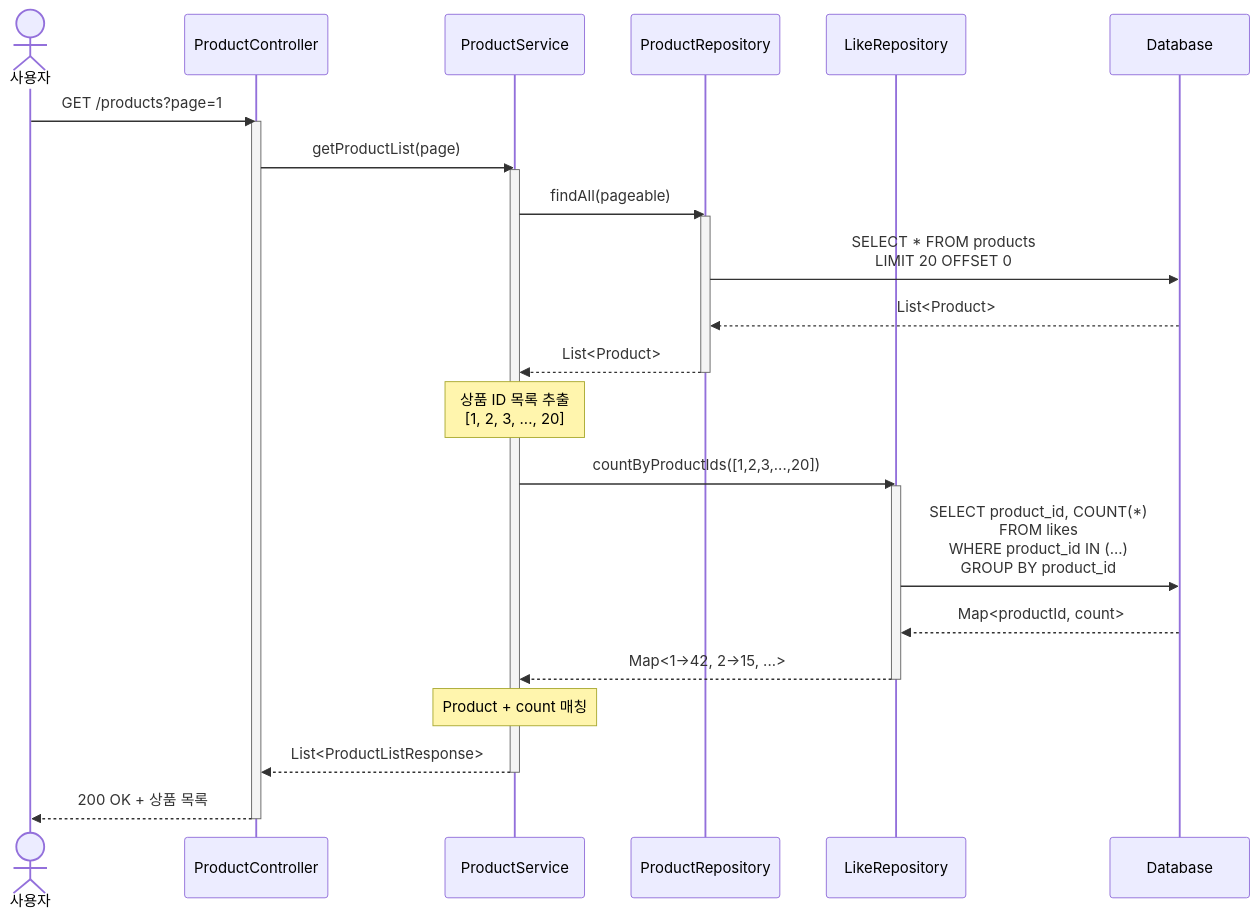
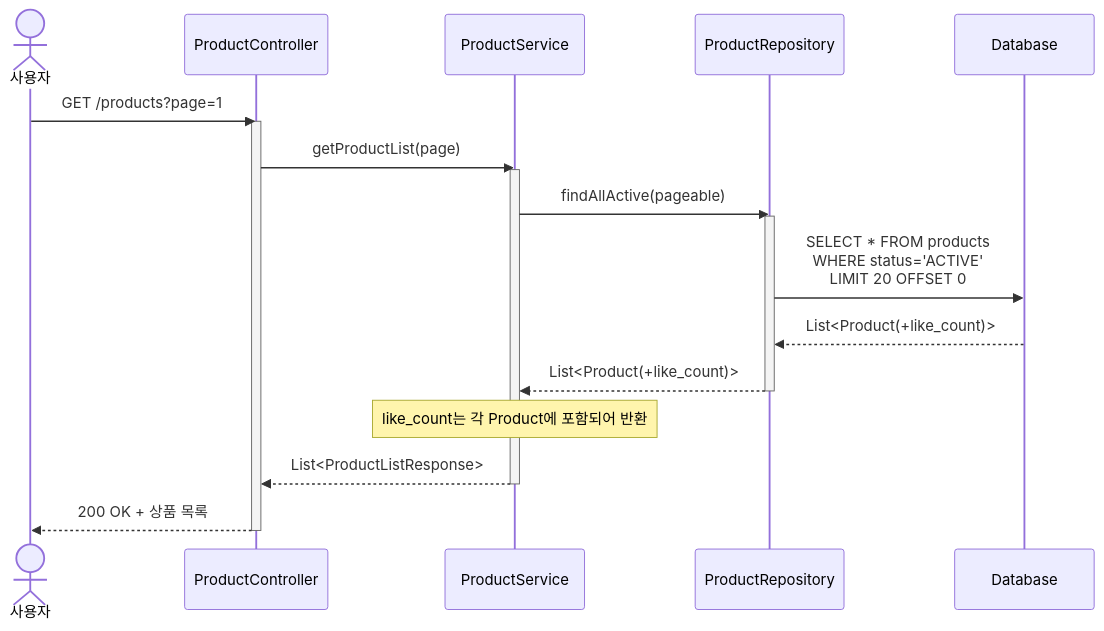
The sixth of 6 diagrams in docs/design/좋아요/02-sequence-diagrams.md (katiekim17/loop-pack-be-l2-vol3-java), drawn with Mermaid before and after one commit. The commit also changed other lines of this file and 17 other files, not shown here.

````diff
--- a/docs/design/좋아요/02-sequence-diagrams.md
+++ b/docs/design/좋아요/02-sequence-diagrams.md
@@ -311,39 +329,29 @@
 ```mermaid
 sequenceDiagram
     actor User as 사용자
     participant API as ProductController
     participant Service as ProductService
     participant ProdRepo as ProductRepository
-    participant LikeRepo as LikeRepository
     participant DB as Database
 
     User->>API: GET /products?page=1
     activate API
     
     API->>Service: getProductList(page)
     activate Service
     
-    Service->>ProdRepo: findAll(pageable)
+    Service->>ProdRepo: findAllActive(pageable)
     activate ProdRepo
-    ProdRepo->>DB: SELECT * FROM products<br/>LIMIT 20 OFFSET 0
-    DB-->>ProdRepo: List<Product>
-    ProdRepo-->>Service: List<Product>
+    ProdRepo->>DB: SELECT * FROM products<br/>WHERE status='ACTIVE'<br/>LIMIT 20 OFFSET 0
+    DB-->>ProdRepo: List<Product(+like_count)>
+    ProdRepo-->>Service: List<Product(+like_count)>
     deactivate ProdRepo
     
-    Note over Service: 상품 ID 목록 추출<br/>[1, 2, 3, ..., 20]
-    
-    Service->>LikeRepo: countByProductIds([1,2,3,...,20])
-    activate LikeRepo
-    LikeRepo->>DB: SELECT product_id, COUNT(*)<br/>FROM likes<br/>WHERE product_id IN (...)<br/>GROUP BY product_id
-    DB-->>LikeRepo: Map<productId, count>
-    LikeRepo-->>Service: Map<1→42, 2→15, ...>
-    deactivate LikeRepo
-    
-    Note over Service: Product + count 매칭
+    Note over Service: like_count는 각 Product에 포함되어 반환
     
     Service-->>API: List<ProductListResponse>
     deactivate Service
     
     API-->>User: 200 OK + 상품 목록
     deactivate API
 ```
````
